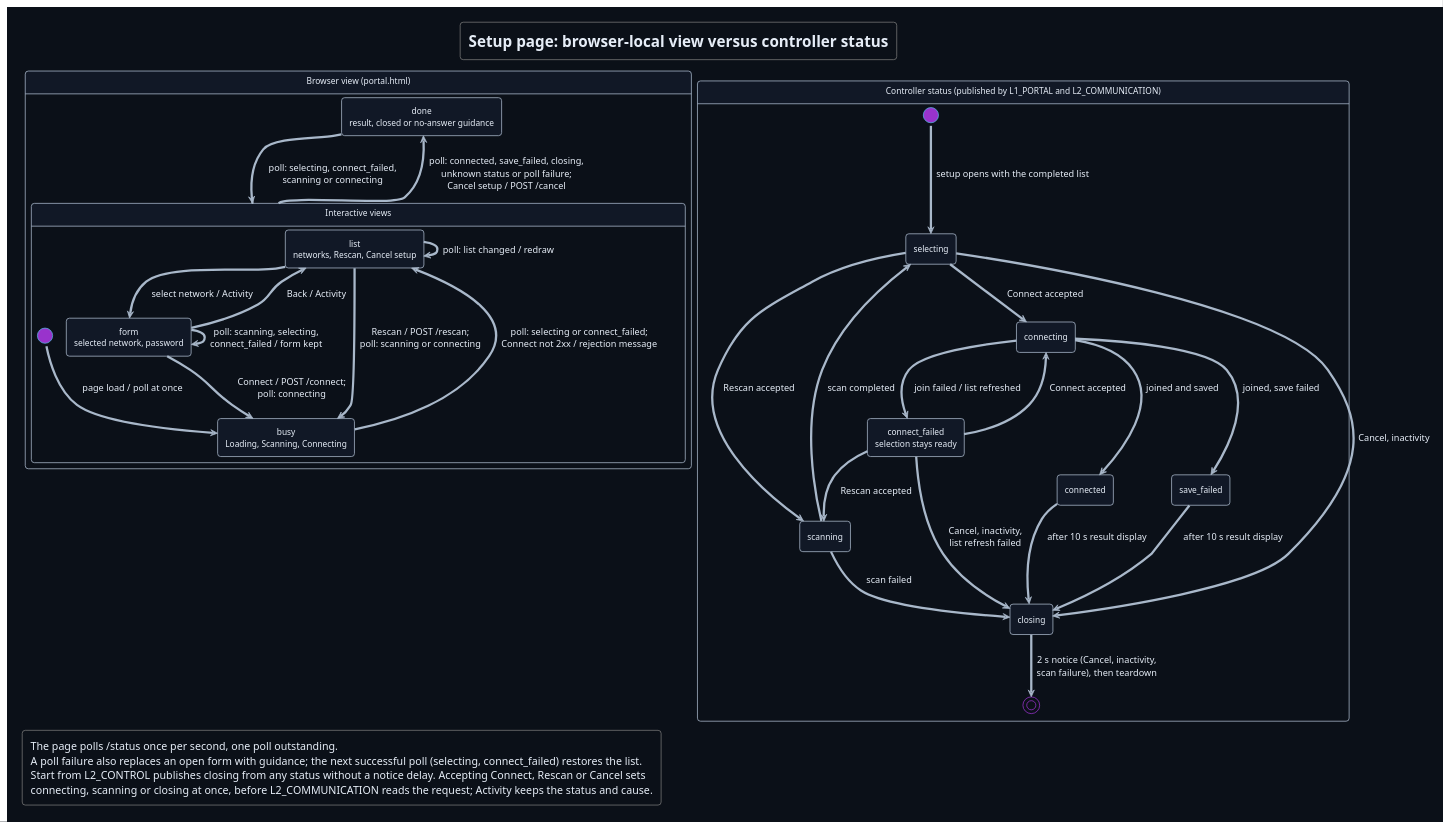
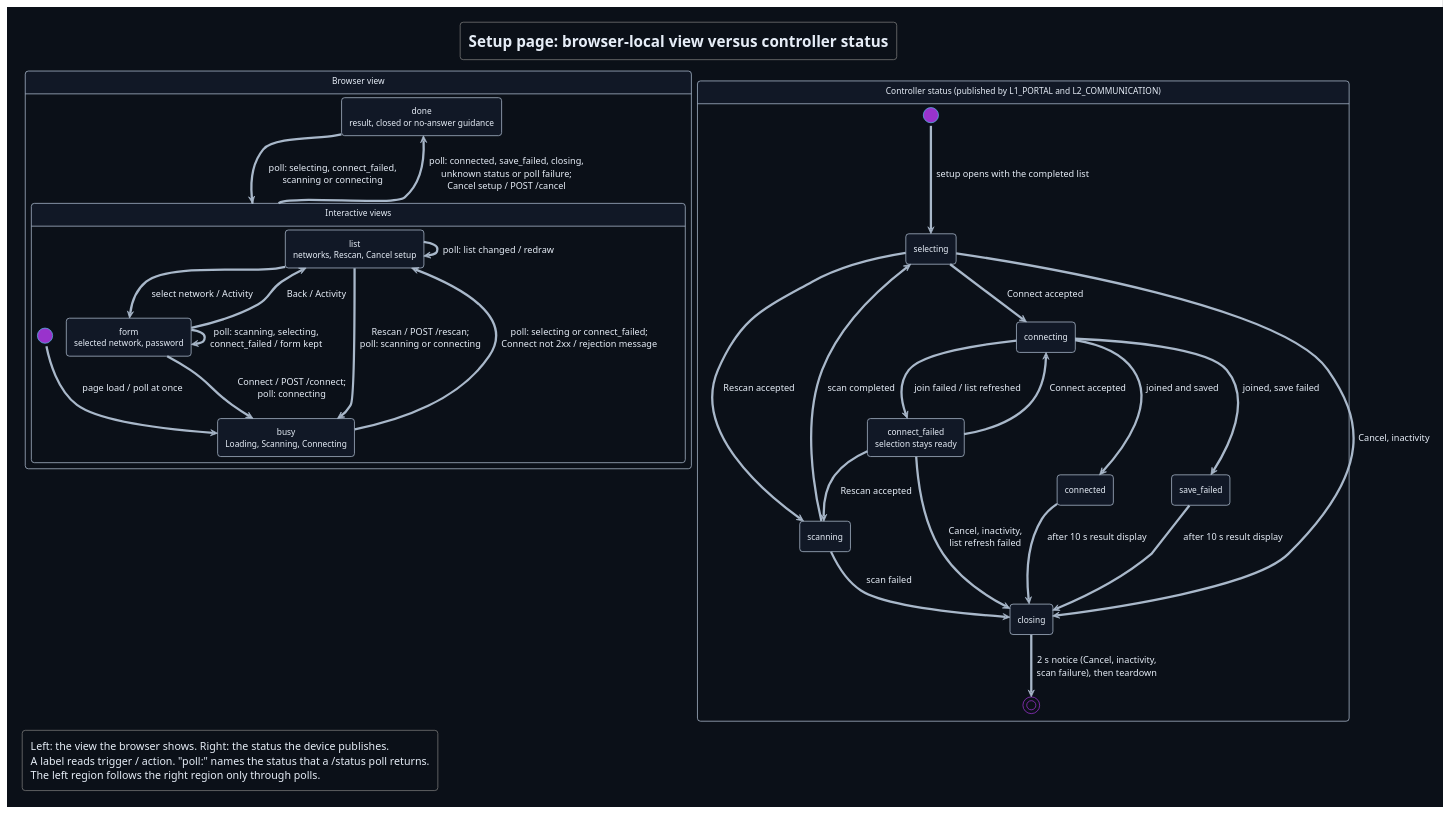
The diagram in Development/system/design/PORTAL/puml/page-state.puml (DemonicPsychoII/DigitalStethoscope), drawn with PlantUML before and after one commit. The commit also changed 107 other files, not shown here.

```diff
--- a/Development/system/design/PORTAL/puml/page-state.puml
+++ b/Development/system/design/PORTAL/puml/page-state.puml
@@ -1,68 +1,67 @@
 @startuml page_state
 !theme cyborg
 !pragma layout smetana
 skinparam shadowing false
 skinparam defaultFontName SansSerif
 skinparam backgroundColor #0b1018
 skinparam defaultFontColor #e6edf7
 skinparam ArrowColor #a9b8ca
 skinparam state {
  BackgroundColor #111826
  BorderColor #a9b8ca
 }
 title Setup page: browser-local view versus controller status
 hide empty description
 
-state "Browser view (portal.html)" as Browser {
+state "Browser view" as Browser {
  state "Interactive views" as Interactive {
   state "list\nnetworks, Rescan, Cancel setup" as List
   state "form\nselected network, password" as Form
   state "busy\nLoading, Scanning, Connecting" as Busy
   [*] --> Busy : page load / poll at once
   Busy --> List : poll: selecting or connect_failed;\nConnect not 2xx / rejection message
   List --> List : poll: list changed / redraw
   List --> Form : select network / Activity
   Form --> List : Back / Activity
   Form --> Form : poll: scanning, selecting,\nconnect_failed / form kept
   Form --> Busy : Connect / POST /connect;\npoll: connecting
   List --> Busy : Rescan / POST /rescan;\npoll: scanning or connecting
  }
  state "done\nresult, closed or no-answer guidance" as Done
  Interactive --> Done : poll: connected, save_failed, closing,\nunknown status or poll failure;\nCancel setup / POST /cancel
  Done --> Interactive : poll: selecting, connect_failed,\nscanning or connecting
 }
 
 state "Controller status (published by L1_PORTAL and L2_COMMUNICATION)" as Controller {
  state "selecting" as Selecting
  state "scanning" as Scanning
  state "connecting" as Connecting
  state "connect_failed\nselection stays ready" as ConnectFailed
  state "connected" as Connected
  state "save_failed" as SaveFailed
  state "closing" as Closing
  [*] --> Selecting : setup opens with the completed list
  Selecting --> Scanning : Rescan accepted
  ConnectFailed --> Scanning : Rescan accepted
  Scanning --> Selecting : scan completed
  Selecting --> Connecting : Connect accepted
  ConnectFailed --> Connecting : Connect accepted
  Connecting --> ConnectFailed : join failed / list refreshed
  Connecting --> Connected : joined and saved
  Connecting --> SaveFailed : joined, save failed
  Connected --> Closing : after 10 s result display
  SaveFailed --> Closing : after 10 s result display
  Selecting --> Closing : Cancel, inactivity
  ConnectFailed --> Closing : Cancel, inactivity,\nlist refresh failed
  Scanning --> Closing : scan failed
  Closing --> [*] : 2 s notice (Cancel, inactivity,\nscan failure), then teardown
 }
 
 Browser -[hidden]right-> Controller
 
 legend bottom left
- The page polls /status once per second, one poll outstanding.
- A poll failure also replaces an open form with guidance; the next successful poll (selecting, connect_failed) restores the list.
- Start from L2_CONTROL publishes closing from any status without a notice delay. Accepting Connect, Rescan or Cancel sets
- connecting, scanning or closing at once, before L2_COMMUNICATION reads the request; Activity keeps the status and cause.
+ Left: the view the browser shows. Right: the status the device publishes.
+ A label reads trigger / action. "poll:" names the status that a /status poll returns.
+ The left region follows the right region only through polls.
 endlegend
 @enduml
```
